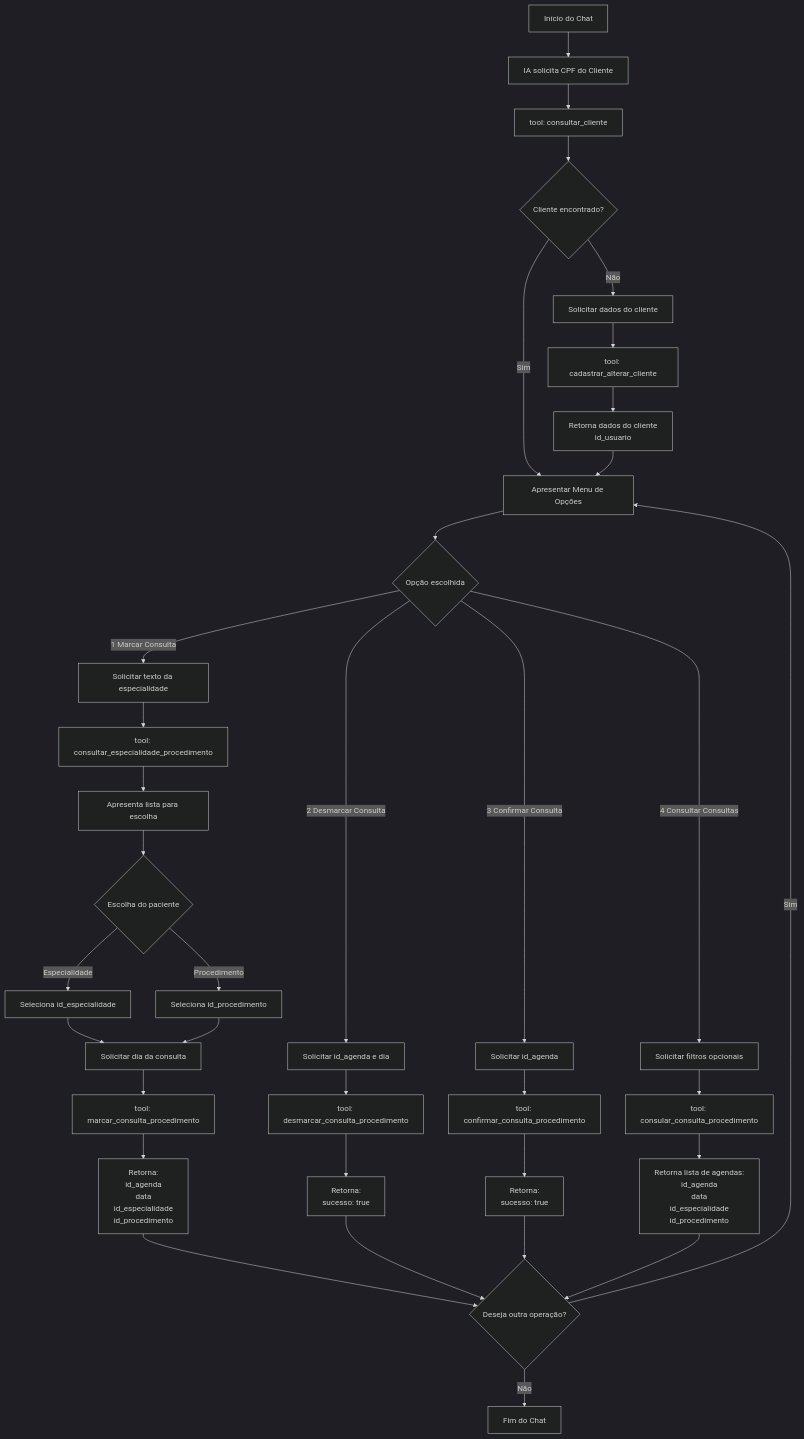
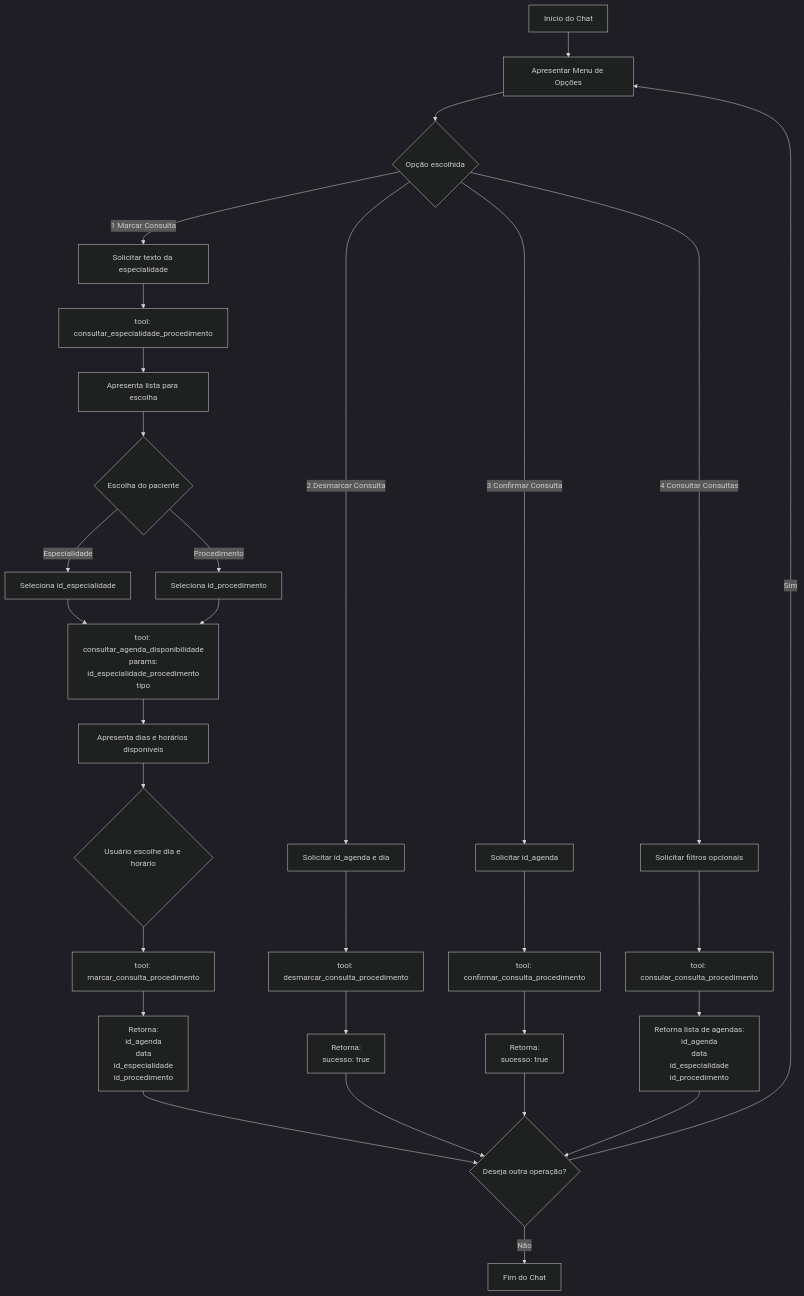
The diagram in fluxo.mermaid (luisrobertolrm/prompt-clinica), drawn with Mermaid (dark theme) before and after one commit. The commit also changed 12 other files, not shown here.

```diff
--- a/fluxo.mermaid
+++ b/fluxo.mermaid
@@ -1,56 +1,49 @@
 flowchart TD
-    A[Início do Chat] --> B[IA solicita CPF do Cliente]
-
-    B --> C[tool: consultar_cliente]
-    C --> D{Cliente encontrado?}
-
-    D -- Sim --> G[Apresentar Menu de Opções]
-
-    D -- Não --> E[Solicitar dados do cliente]
-    E --> E2[tool: cadastrar_alterar_cliente]
-    E2 --> F[Retorna dados do cliente<br/>id_usuario]
-    F --> G
+    A[Início do Chat] --> G[Apresentar Menu de Opções]
 
     %% ================= MENU =================
     G --> H{Opção escolhida}
 
     %% ========== OPÇÃO 1 : MARCAR CONSULTA ==========
     H -- 1 Marcar Consulta --> I[Solicitar texto da especialidade]
     I --> I1[tool: consultar_especialidade_procedimento]
     I1 --> I2[Apresenta lista para escolha]
 
     I2 --> I3{Escolha do paciente}
 
     I3 -- Especialidade --> I4[Seleciona id_especialidade]
     I3 -- Procedimento --> I5[Seleciona id_procedimento]
 
-    I4 --> I6[Solicitar dia da consulta]
+    %% ===== CONSULTAR AGENDA =====
+    I4 --> I6[tool: consultar_agenda_disponibilidade<br/>params:<br/>id_especialidade_procedimento<br/>tipo]
     I5 --> I6
 
-    I6 --> I7[tool: marcar_consulta_procedimento]
-    I7 --> J[Retorna:<br/>id_agenda<br/>data<br/>id_especialidade<br/>id_procedimento]
+    I6 --> I7[Apresenta dias e horários disponíveis]
+    I7 --> I8{Usuário escolhe dia e horário}
 
-    %% ========== OPÇÃO 2 ==========
+    I8 --> I9[tool: marcar_consulta_procedimento]
+    I9 --> J[Retorna:<br/>id_agenda<br/>data<br/>id_especialidade<br/>id_procedimento]
+
+    %% ========== OPÇÃO 2 : DESMARCAR ==========
     H -- 2 Desmarcar Consulta --> K[Solicitar id_agenda e dia]
     K --> K2[tool: desmarcar_consulta_procedimento]
     K2 --> J2[Retorna:<br/>sucesso: true]
 
-    %% ========== OPÇÃO 3 ==========
+    %% ========== OPÇÃO 3 : CONFIRMAR ==========
     H -- 3 Confirmar Consulta --> L[Solicitar id_agenda]
     L --> L2[tool: confirmar_consulta_procedimento]
     L2 --> J3[Retorna:<br/>sucesso: true]
 
-    %% ========== OPÇÃO 4 ==========
+    %% ========== OPÇÃO 4 : CONSULTAR ==========
     H -- 4 Consultar Consultas --> M[Solicitar filtros opcionais]
     M --> M2[tool: consular_consulta_procedimento]
     M2 --> J4[Retorna lista de agendas:<br/>id_agenda<br/>data<br/>id_especialidade<br/>id_procedimento]
-
 
     %% ========== LOOP ==========
     J --> N{Deseja outra operação?}
     J2 --> N
     J3 --> N
     J4 --> N
 
     N -- Sim --> G
     N -- Não --> O[Fim do Chat]
```
